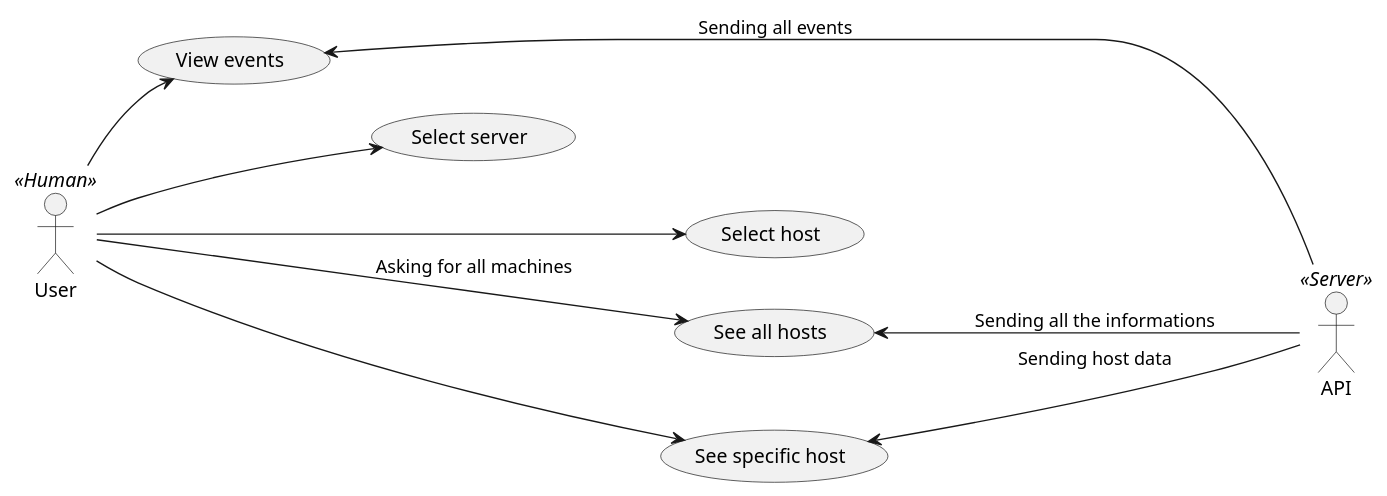
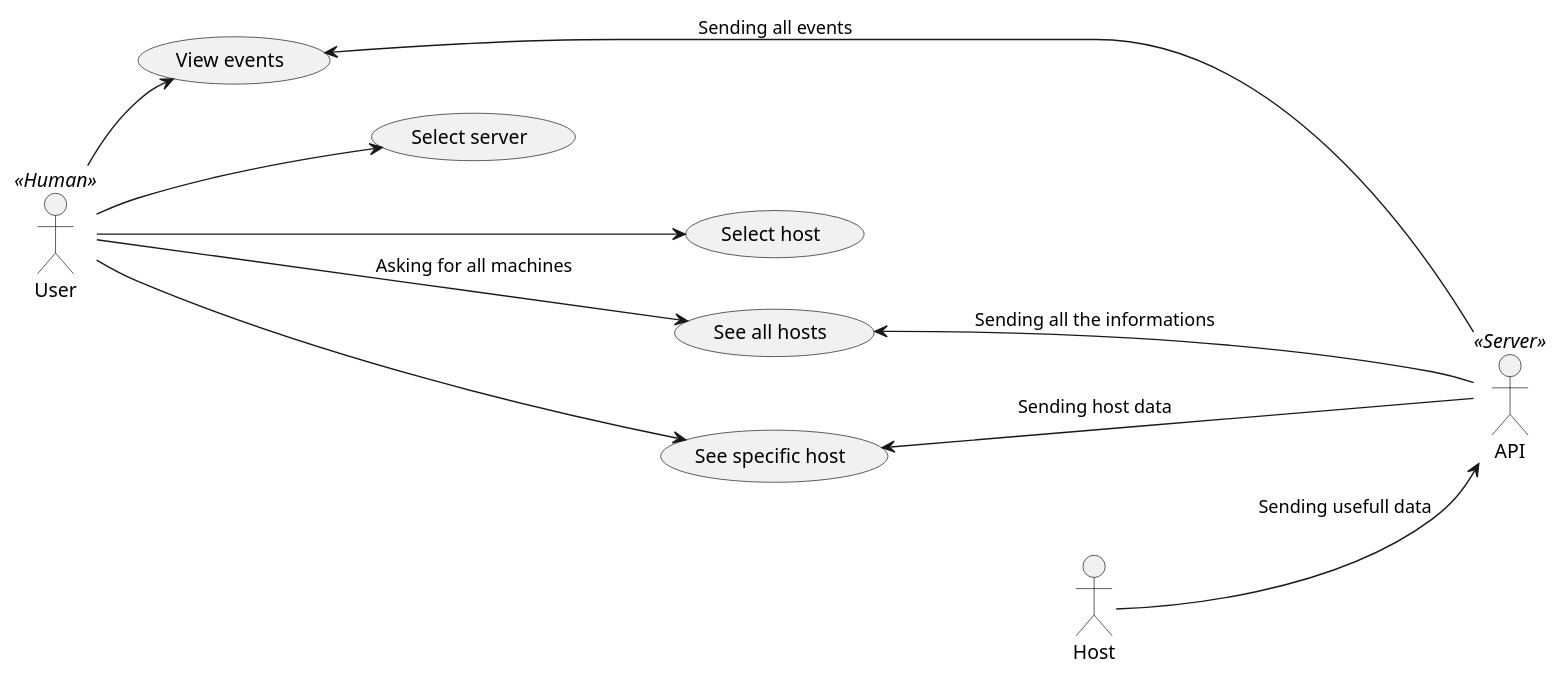
The diagram in doc/plantuml diagrams/src/useCases.puml (ILikeBananas/ILBSYS_android), drawn with PlantUML before and after one commit. The commit also changed 1 other file, not shown here.

Commit message:
Adding the Host to the usecase diagrams

```diff
--- a/doc/plantuml diagrams/src/useCases.puml
+++ b/doc/plantuml diagrams/src/useCases.puml
@@ -5,23 +5,26 @@
 @startuml
 left to right direction
 :User: << Human >>
 :API: << Server >>
 (View events)
 User -> (View events) : Request all events
 (View events) <- API : Sending all events
 
 (Select server)
 User --> (Select server)
 
 (Select host)
 User ---> (Select host)
 
 (See all hosts)
 User ---> (See all hosts) : Asking for all machines
 (See all hosts) <--- API : Sending all the informations 
 
 (See specific host)
 User ---> (See specific host)
 (See specific host) <--- API : Sending host data
 
+:Host:
+Host -down-> API : Sending usefull data
+
 @enduml
```
